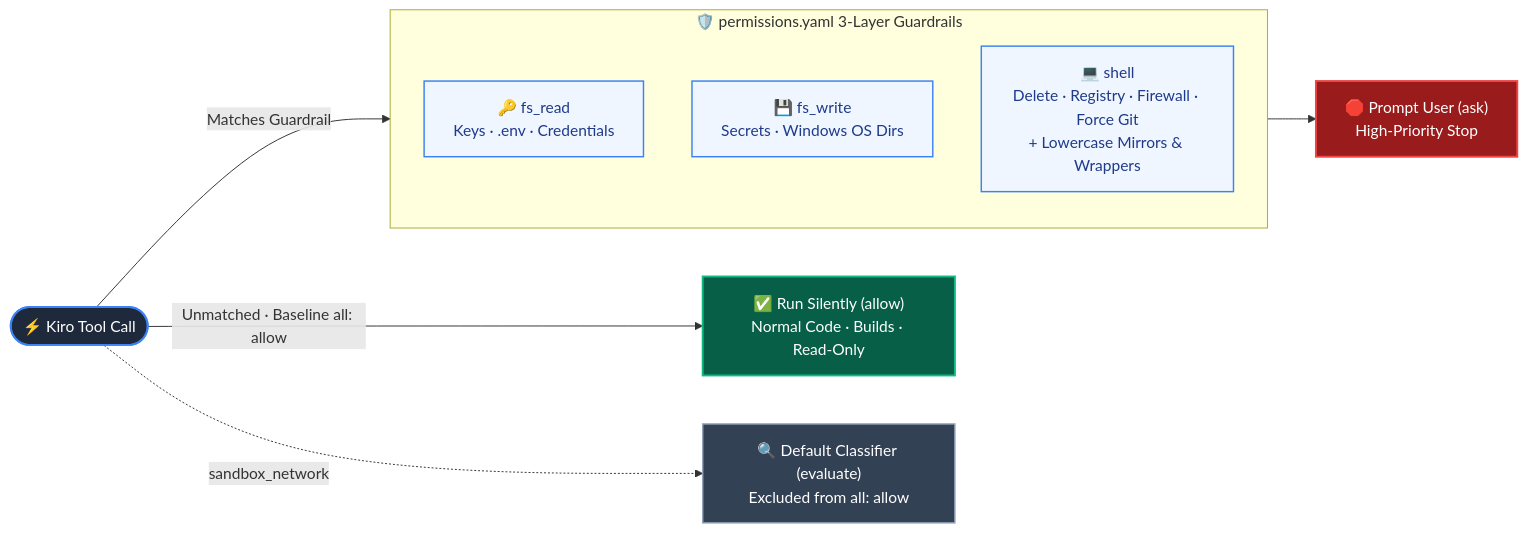
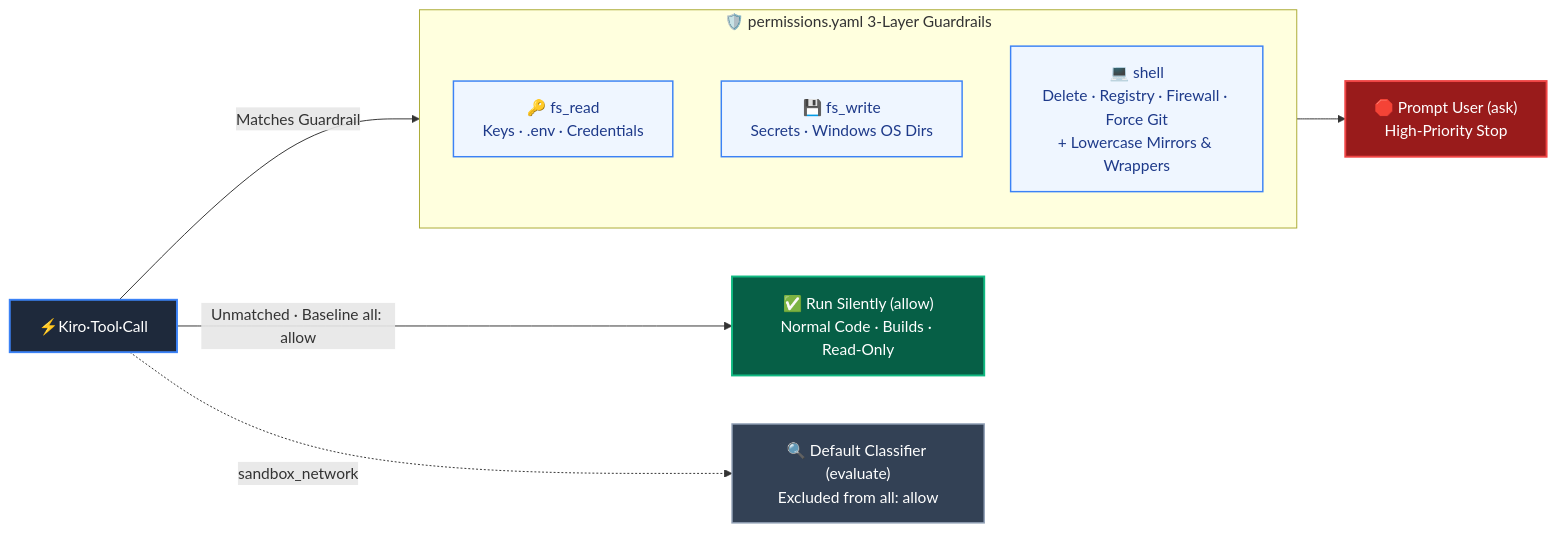
Before and after one commit to YOIMIYA66/kiro-windows-autonomy: the diagram in README_EN.md, drawn with Mermaid. The commit also changed 1 other file, not shown here.

Commit message:
docs: prevent line wrap in Mermaid entry node

````diff
--- a/README_EN.md
+++ b/README_EN.md
@@ -64,31 +64,31 @@
 ```mermaid
 flowchart LR
-    Call(["⚡ Kiro Tool Call"])
+    Call["⚡Kiro·Tool·Call"]
 
     subgraph Guardrails ["🛡️ permissions.yaml 3-Layer Guardrails"]
         direction TB
         R["🔑 fs_read\nKeys · .env · Credentials"]
         W["💾 fs_write\nSecrets · Windows OS Dirs"]
         S["💻 shell\nDelete · Registry · Firewall · Force Git\n+ Lowercase Mirrors & Wrappers"]
     end
 
     Ask["🛑 Prompt User (ask)\nHigh-Priority Stop"]
     Allow["✅ Run Silently (allow)\nNormal Code · Builds · Read-Only"]
     Eval["🔍 Default Classifier (evaluate)\nExcluded from all: allow"]
 
     Call -- "Matches Guardrail" --> Guardrails
     Guardrails --> Ask
     Call -- "Unmatched · Baseline all: allow" --> Allow
     Call -. "sandbox_network" .-> Eval
 
     classDef entryStyle fill:#1e293b,stroke:#3b82f6,stroke-width:2px,color:#ffffff
     classDef guardStyle fill:#eff6ff,stroke:#3b82f6,stroke-width:1.5px,color:#1e3a8a
     classDef askStyle fill:#991b1b,stroke:#ef4444,stroke-width:2px,color:#ffffff
     classDef allowStyle fill:#065f46,stroke:#10b981,stroke-width:2px,color:#ffffff
     classDef evalStyle fill:#334155,stroke:#94a3b8,stroke-width:1.5px,color:#ffffff
     class Call entryStyle
     class R,W,S guardStyle
     class Ask askStyle
     class Allow allowStyle
     class Eval evalStyle
 ```
````
